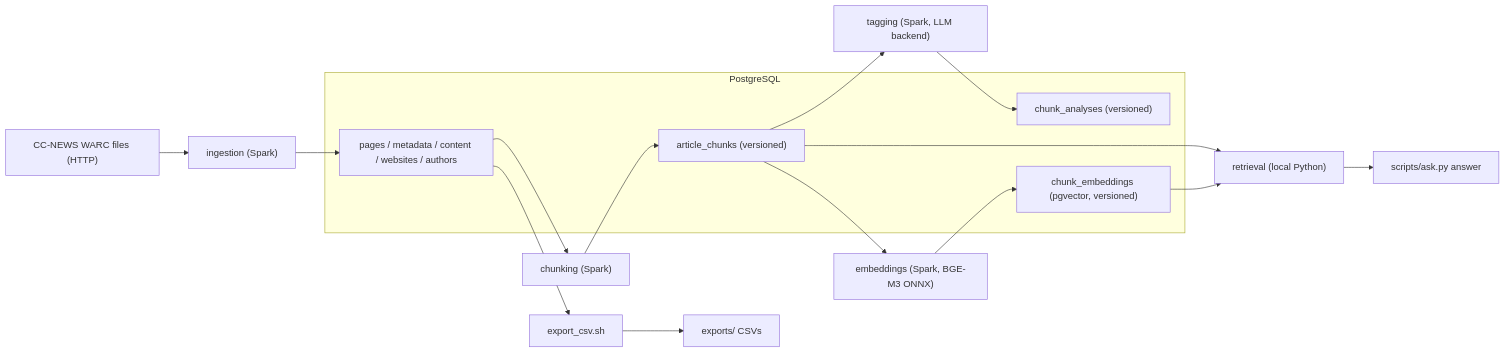
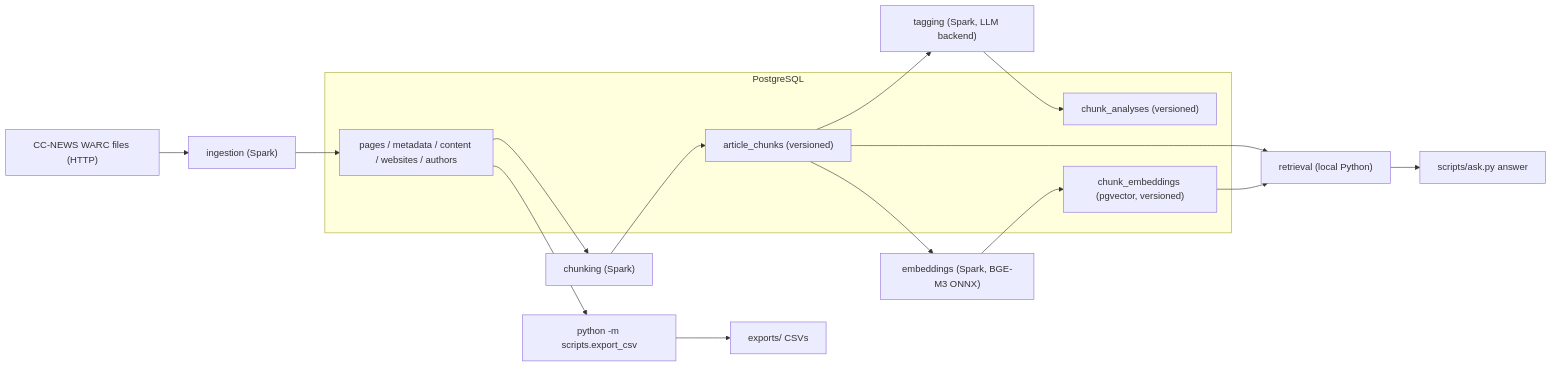
One commit to Marwan051/sparc_warc changed the first of 15 diagrams in docs/workflows.md. Above: the diagram before and after it, drawn with Mermaid. The commit also changed other lines of this file and 32 other files, not shown here.

````diff
--- a/docs/workflows.md
+++ b/docs/workflows.md
@@ -19,16 +19,16 @@
 ```mermaid
 flowchart LR
     subgraph DB["PostgreSQL"]
         PAGES["pages / metadata / content / websites / authors"]
         CK["article_chunks (versioned)"]
         ANLY["chunk_analyses (versioned)"]
         VEC["chunk_embeddings (pgvector, versioned)"]
     end
     CC["CC-NEWS WARC files (HTTP)"] --> ING["ingestion (Spark)"]
     ING --> PAGES
     PAGES --> CHP["chunking (Spark)"] --> CK
     CK --> TGP["tagging (Spark, LLM backend)"] --> ANLY
     CK --> EMP["embeddings (Spark, BGE-M3 ONNX)"] --> VEC
-    PAGES --> EXP["export_csv.sh"] --> CSV["exports/ CSVs"]
+    PAGES --> EXP["python -m scripts.export_csv"] --> CSV["exports/ CSVs"]
     CK & VEC --> QA["retrieval (local Python)"] --> ANS["scripts/ask.py answer"]
 ```
````
